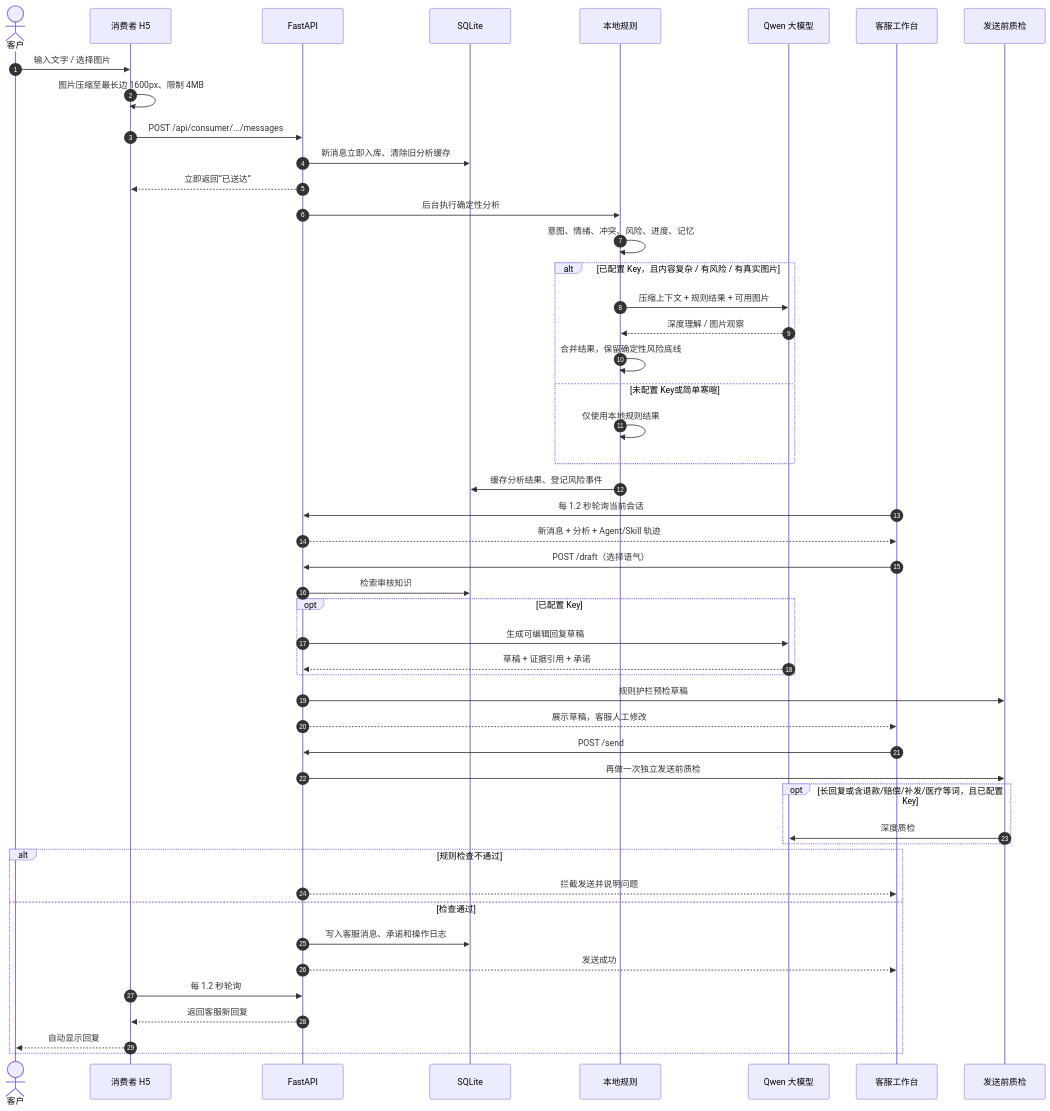
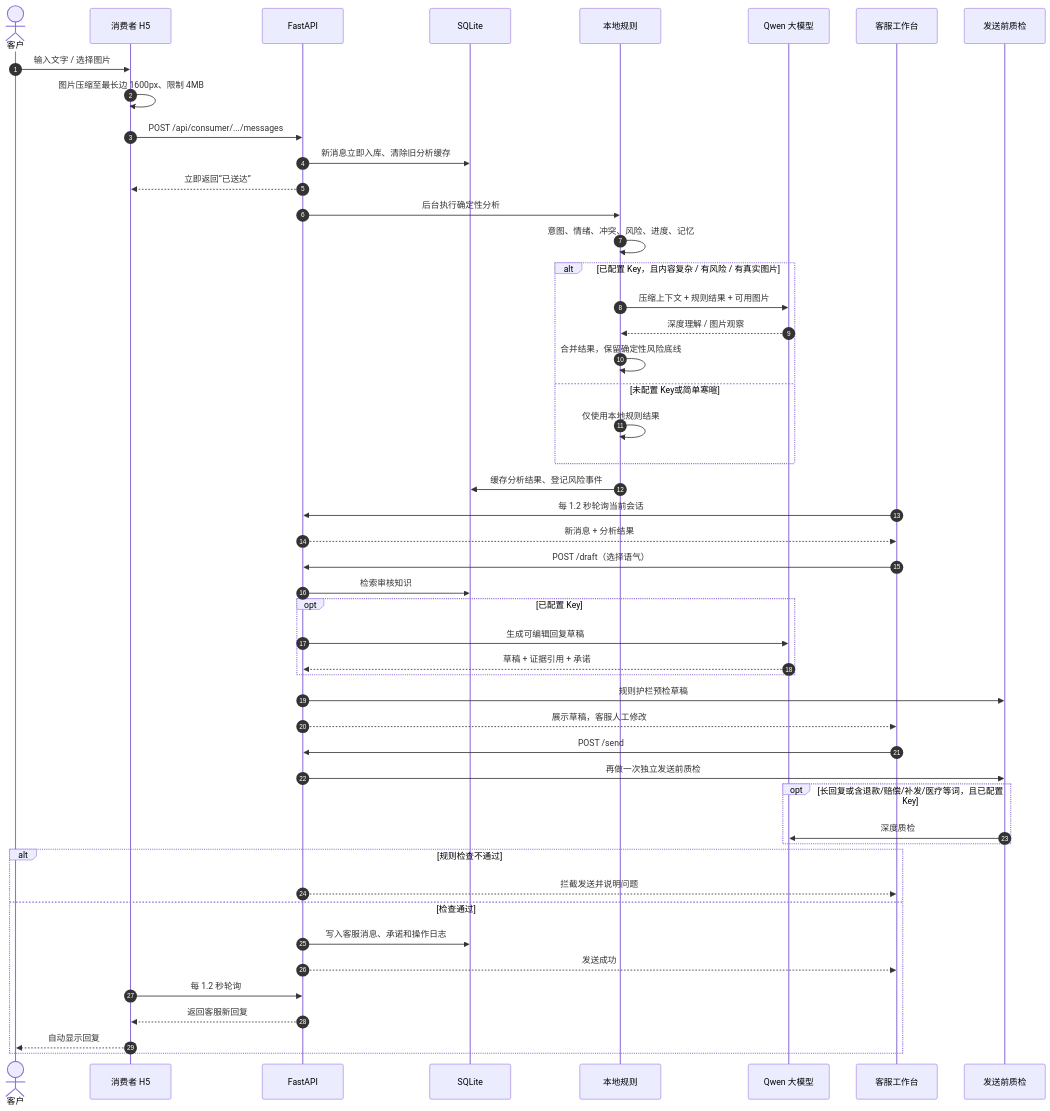
The second of 7 diagrams in 项目全景图.md (isabellasijia/empathy-copilot), drawn with Mermaid before and after one commit. The commit also changed other lines of this file and 9 other files, not shown here.

````diff
--- a/项目全景图.md
+++ b/项目全景图.md
@@ -57,54 +57,54 @@
 ```mermaid
 sequenceDiagram
     autonumber
     actor Customer as 客户
     participant H5 as 消费者 H5
     participant API as FastAPI
     participant DB as SQLite
     participant Rules as 本地规则
     participant Qwen as Qwen 大模型
     participant Desk as 客服工作台
     participant Guard as 发送前质检
 
     Customer->>H5: 输入文字 / 选择图片
     H5->>H5: 图片压缩至最长边 1600px、限制 4MB
     H5->>API: POST /api/consumer/.../messages
     API->>DB: 新消息立即入库、清除旧分析缓存
     API-->>H5: 立即返回“已送达”
     API->>Rules: 后台执行确定性分析
     Rules->>Rules: 意图、情绪、冲突、风险、进度、记忆
 
     alt 已配置 Key，且内容复杂 / 有风险 / 有真实图片
         Rules->>Qwen: 压缩上下文 + 规则结果 + 可用图片
         Qwen-->>Rules: 深度理解 / 图片观察
         Rules->>Rules: 合并结果，保留确定性风险底线
     else 未配置 Key或简单寒暄
         Rules->>Rules: 仅使用本地规则结果
     end
 
     Rules->>DB: 缓存分析结果、登记风险事件
     Desk->>API: 每 1.2 秒轮询当前会话
-    API-->>Desk: 新消息 + 分析 + Agent/Skill 轨迹
+    API-->>Desk: 新消息 + 分析结果
     Desk->>API: POST /draft（选择语气）
     API->>DB: 检索审核知识
     opt 已配置 Key
         API->>Qwen: 生成可编辑回复草稿
         Qwen-->>API: 草稿 + 证据引用 + 承诺
     end
     API->>Guard: 规则护栏预检草稿
     API-->>Desk: 展示草稿，客服人工修改
     Desk->>API: POST /send
     API->>Guard: 再做一次独立发送前质检
     opt 长回复或含退款/赔偿/补发/医疗等词，且已配置 Key
         Guard->>Qwen: 深度质检
     end
     alt 规则检查不通过
         API-->>Desk: 拦截发送并说明问题
     else 检查通过
         API->>DB: 写入客服消息、承诺和操作日志
         API-->>Desk: 发送成功
         H5->>API: 每 1.2 秒轮询
         API-->>H5: 返回客服新回复
         H5-->>Customer: 自动显示回复
     end
 ```
````
